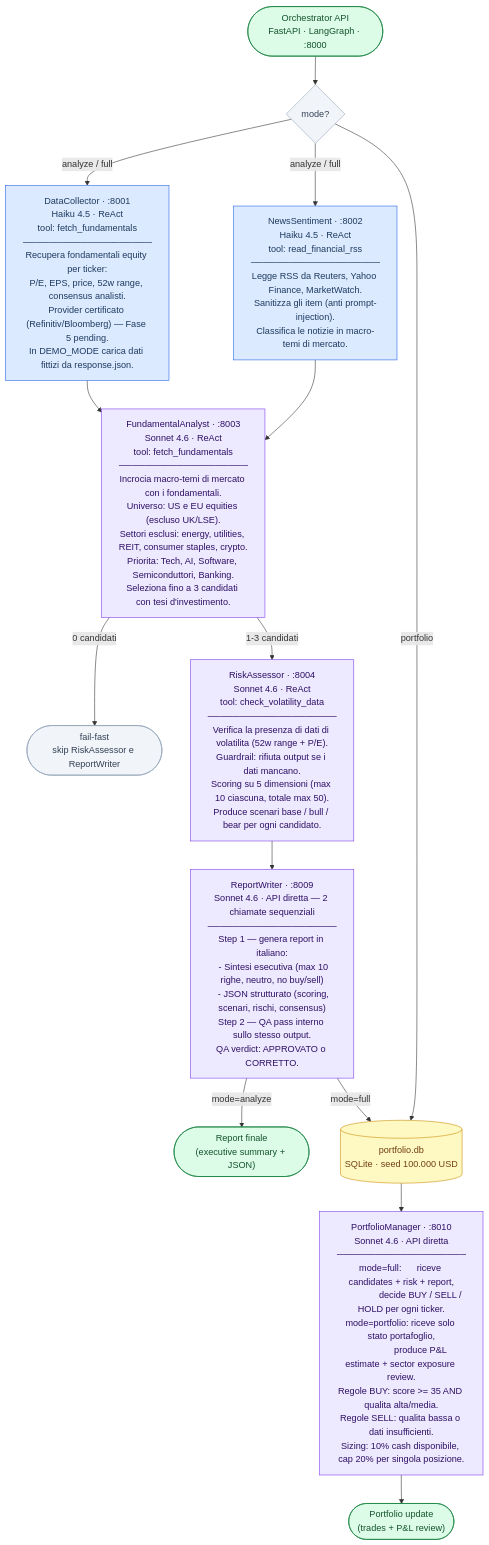
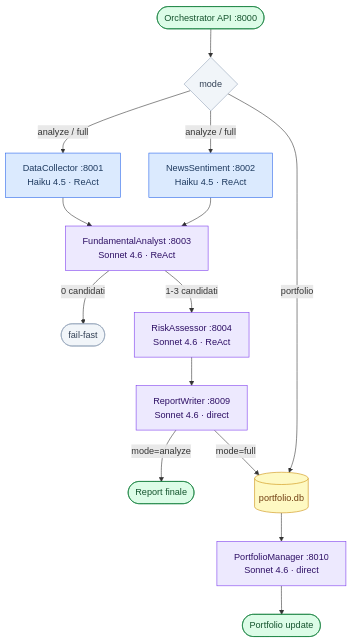
One commit to tommasobraga/equity-researcher-analyst-a2a changed the first of 2 diagrams in docs/architecture.md. Above: the diagram before and after it, drawn with Mermaid. The commit also changed other lines of this file, not shown here.

First line of the commit message:
docs: fix Mermaid diagrams rendering in architecture.md

````diff
--- a/docs/architecture.md
+++ b/docs/architecture.md
@@ -7,41 +7,40 @@
 ```mermaid
 flowchart TD
     classDef haiku  fill:#dbeafe,stroke:#2563eb,color:#1e3a5f
     classDef sonnet fill:#ede9fe,stroke:#7c3aed,color:#2e1065
     classDef infra  fill:#dcfce7,stroke:#15803d,color:#14532d
     classDef store  fill:#fef9c3,stroke:#ca8a04,color:#713f12
     classDef term   fill:#f1f5f9,stroke:#94a3b8,color:#334155
 
-    START(["Orchestrator API<br/>FastAPI · LangGraph · :8000"]):::infra
-    START --> MODE{mode?}:::term
+    START(["Orchestrator API :8000"]):::infra
+    START --> MODE{mode}:::term
 
-    MODE -->|analyze / full| DC & NS
+    MODE -->|"analyze / full"| DC & NS
     MODE -->|portfolio| PL
 
-    DC["DataCollector · :8001<br/>Haiku 4.5 · ReAct<br/>tool: fetch_fundamentals<br/>────────────────────<br/>Recupera fondamentali equity per ticker:<br/>P/E, EPS, price, 52w range, consensus analisti.<br/>Provider certificato (Refinitiv/Bloomberg) — Fase 5 pending.<br/>In DEMO_MODE carica dati fittizi da response.json."]:::haiku
-
-    NS["NewsSentiment · :8002<br/>Haiku 4.5 · ReAct<br/>tool: read_financial_rss<br/>────────────────────<br/>Legge RSS da Reuters, Yahoo Finance, MarketWatch.<br/>Sanitizza gli item (anti prompt-injection).<br/>Classifica le notizie in macro-temi di mercato."]:::haiku
+    DC["DataCollector :8001<br/>Haiku 4.5 · ReAct"]:::haiku
+    NS["NewsSentiment :8002<br/>Haiku 4.5 · ReAct"]:::haiku
 
     DC & NS --> FA
 
-    FA["FundamentalAnalyst · :8003<br/>Sonnet 4.6 · ReAct<br/>tool: fetch_fundamentals<br/>────────────────────<br/>Incrocia macro-temi di mercato con i fondamentali.<br/>Universo: US e EU equities (escluso UK/LSE).<br/>Settori esclusi: energy, utilities, REIT, consumer staples, crypto.<br/>Priorita: Tech, AI, Software, Semiconduttori, Banking.<br/>Seleziona fino a 3 candidati con tesi d'investimento."]:::sonnet
+    FA["FundamentalAnalyst :8003<br/>Sonnet 4.6 · ReAct"]:::sonnet
 
-    FA -->|"0 candidati"| STOP(["fail-fast<br/>skip RiskAssessor e ReportWriter"]):::term
+    FA -->|"0 candidati"| STOP(["fail-fast"]):::term
     FA -->|"1-3 candidati"| RA
 
-    RA["RiskAssessor · :8004<br/>Sonnet 4.6 · ReAct<br/>tool: check_volatility_data<br/>────────────────────<br/>Verifica la presenza di dati di volatilita (52w range + P/E).<br/>Guardrail: rifiuta output se i dati mancano.<br/>Scoring su 5 dimensioni (max 10 ciascuna, totale max 50).<br/>Produce scenari base / bull / bear per ogni candidato."]:::sonnet
+    RA["RiskAssessor :8004<br/>Sonnet 4.6 · ReAct"]:::sonnet
 
     RA --> RW
 
-    RW["ReportWriter · :8009<br/>Sonnet 4.6 · API diretta — 2 chiamate sequenziali<br/>────────────────────<br/>Step 1 — genera report in italiano:<br/>  - Sintesi esecutiva (max 10 righe, neutro, no buy/sell)<br/>  - JSON strutturato (scoring, scenari, rischi, consensus)<br/>Step 2 — QA pass interno sullo stesso output.<br/>QA verdict: APPROVATO o CORRETTO."]:::sonnet
+    RW["ReportWriter :8009<br/>Sonnet 4.6 · direct"]:::sonnet
 
-    RW -->|"mode=analyze"| OUT_A(["Report finale<br/>(executive summary + JSON)"]):::infra
+    RW -->|"mode=analyze"| OUT_A(["Report finale"]):::infra
     RW -->|"mode=full"| PL
 
-    PL[("portfolio.db<br/>SQLite · seed 100.000 USD")]:::store
+    PL[("portfolio.db")]:::store
     PL --> PM
 
-    PM["PortfolioManager · :8010<br/>Sonnet 4.6 · API diretta<br/>────────────────────<br/>mode=full:      riceve candidates + risk + report,<br/>                decide BUY / SELL / HOLD per ogni ticker.<br/>mode=portfolio: riceve solo stato portafoglio,<br/>                produce P&L estimate + sector exposure review.<br/>Regole BUY: score >= 35 AND qualita alta/media.<br/>Regole SELL: qualita bassa o dati insufficienti.<br/>Sizing: 10% cash disponibile, cap 20% per singola posizione."]:::sonnet
+    PM["PortfolioManager :8010<br/>Sonnet 4.6 · direct"]:::sonnet
 
-    PM --> OUT_B(["Portfolio update<br/>(trades + P&L review)"]):::infra
+    PM --> OUT_B(["Portfolio update"]):::infra
 ```
````
